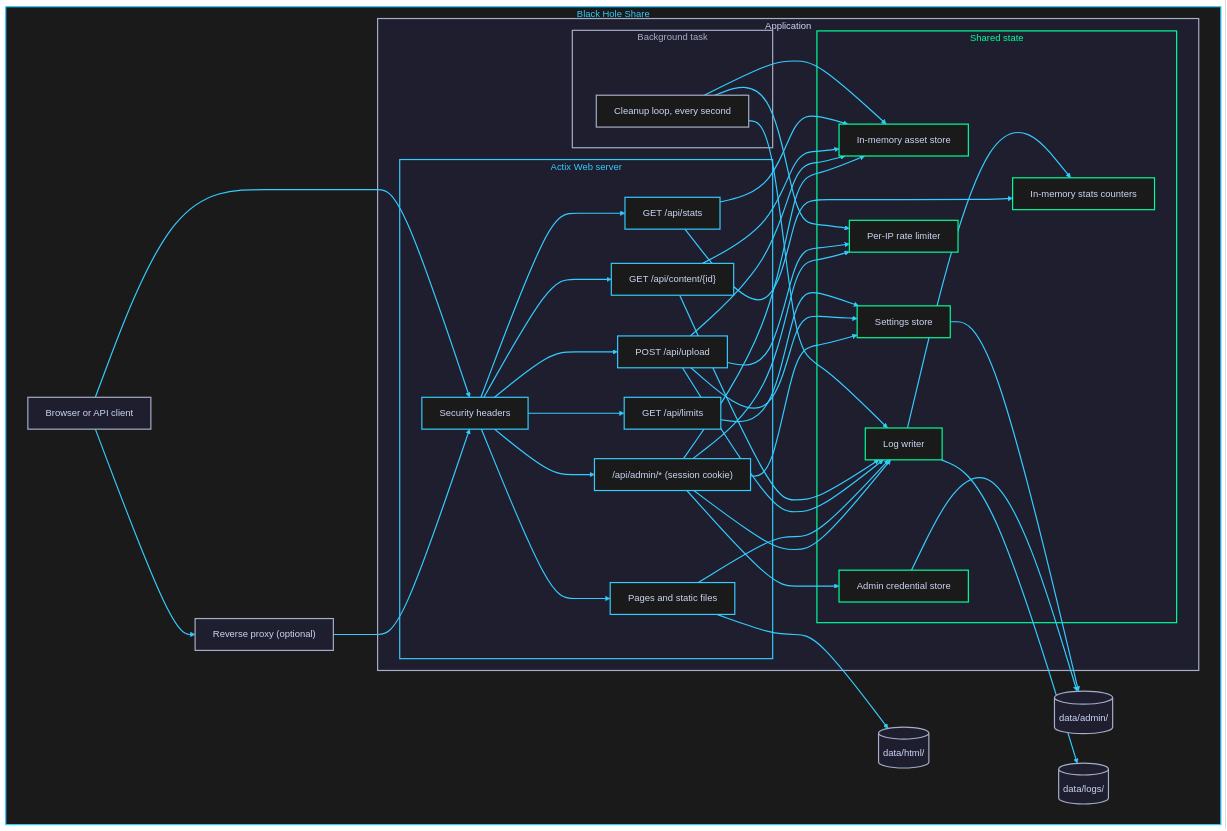
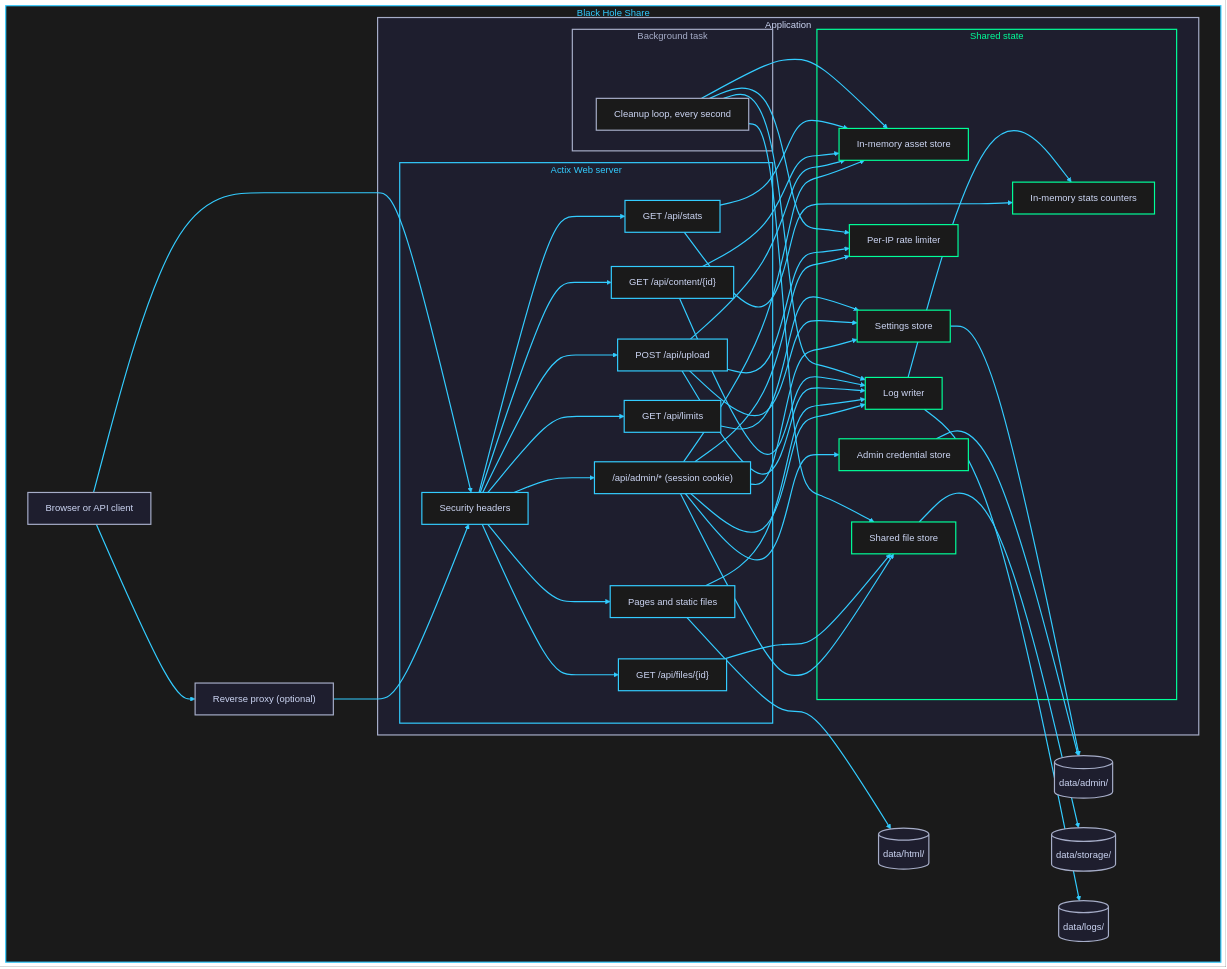
The diagram in docs/block-diagram.md (icsboyx/black_hole_share), drawn with Mermaid before and after one commit. The commit also changed other lines of this file and 12 other files, not shown here.

```diff
--- a/docs/block-diagram.md
+++ b/docs/block-diagram.md
@@ -9,6 +9,7 @@
         HtmlFiles[("data/html/")]
         LogFiles[("data/logs/")]
         AdminFiles[("data/admin/")]
+        StorageFiles[("data/storage/")]
 
         subgraph Process["Application"]
             subgraph Web["Actix Web server"]
@@ -18,6 +19,7 @@
                 Content["GET /api/content/{id}"]
                 Stats["GET /api/stats"]
                 Limits["GET /api/limits"]
+                FileApi["GET /api/files/{id}"]
                 Admin["/api/admin/* (session cookie)"]
             end
 
@@ -32,6 +34,7 @@
                 Counters["In-memory stats counters"]
                 Creds["Admin credential store"]
                 Settings["Settings store"]
+                Files["Shared file store"]
             end
         end
     end
@@ -45,6 +48,7 @@
     Headers --> Content
     Headers --> Stats
     Headers --> Limits
+    Headers --> FileApi
     Headers --> Admin
 
     Admin --> Creds
@@ -54,6 +58,10 @@
     Creds --> AdminFiles
     Admin --> Settings
     Settings --> AdminFiles
+    Admin --> Files
+    FileApi --> Files
+    Files --> StorageFiles
+    Cleanup --> Files
 
     Pages --> HtmlFiles
     Pages --> Logger
@@ -83,10 +91,10 @@
     classDef task fill:#1a1a1a,stroke:#a6adc8,stroke-width:2px,color:#cdd6f4
     classDef state fill:#1a1a1a,stroke:#00ff99,stroke-width:2px,color:#cdd6f4
 
-    class Client,Proxy,HtmlFiles,LogFiles,AdminFiles external
-    class Headers,Pages,Upload,Content,Stats,Limits,Admin web
+    class Client,Proxy,HtmlFiles,LogFiles,AdminFiles,StorageFiles external
+    class Headers,Pages,Upload,Content,Stats,Limits,FileApi,Admin web
     class Cleanup task
-    class Store,Limit,Logger,Counters,Creds,Settings state
+    class Store,Limit,Logger,Counters,Creds,Settings,Files state
 
     style Overview fill:#1a1a1a,stroke:#33ccff,stroke-width:2px,color:#33ccff
     style Process fill:#1e1e2e,stroke:#a6adc8,stroke-width:2px,color:#cdd6f4
```
